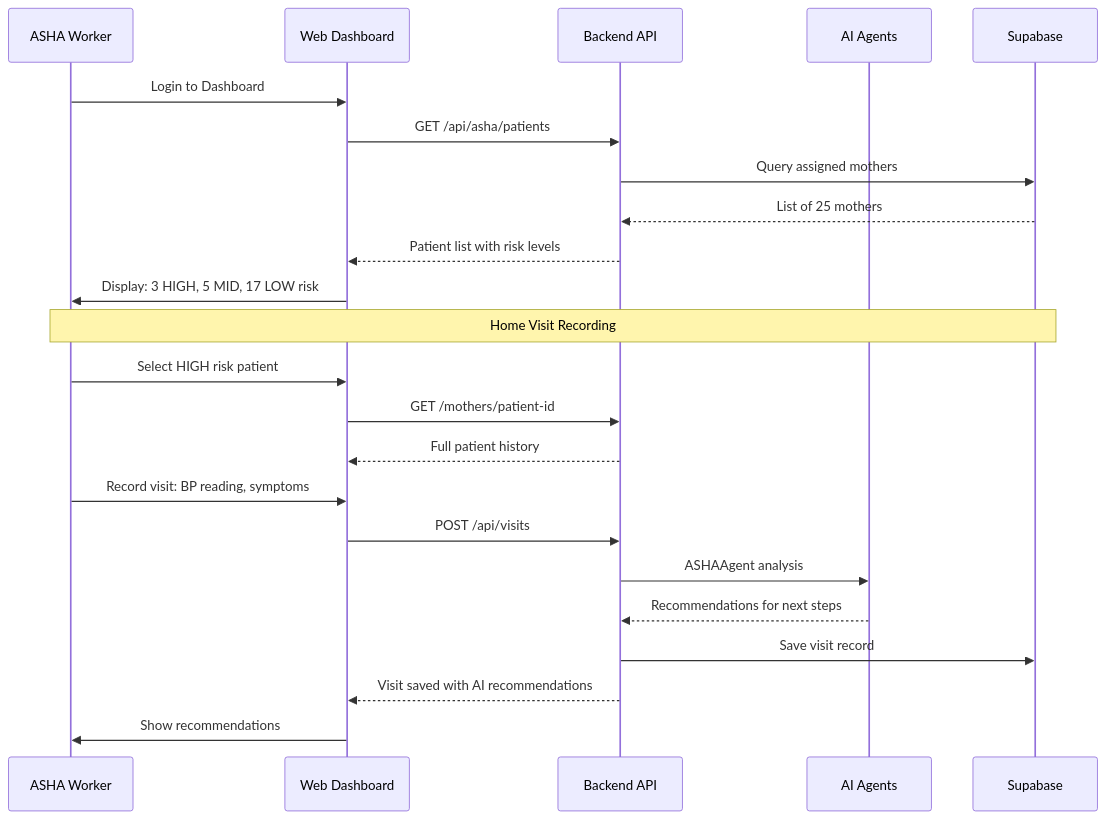
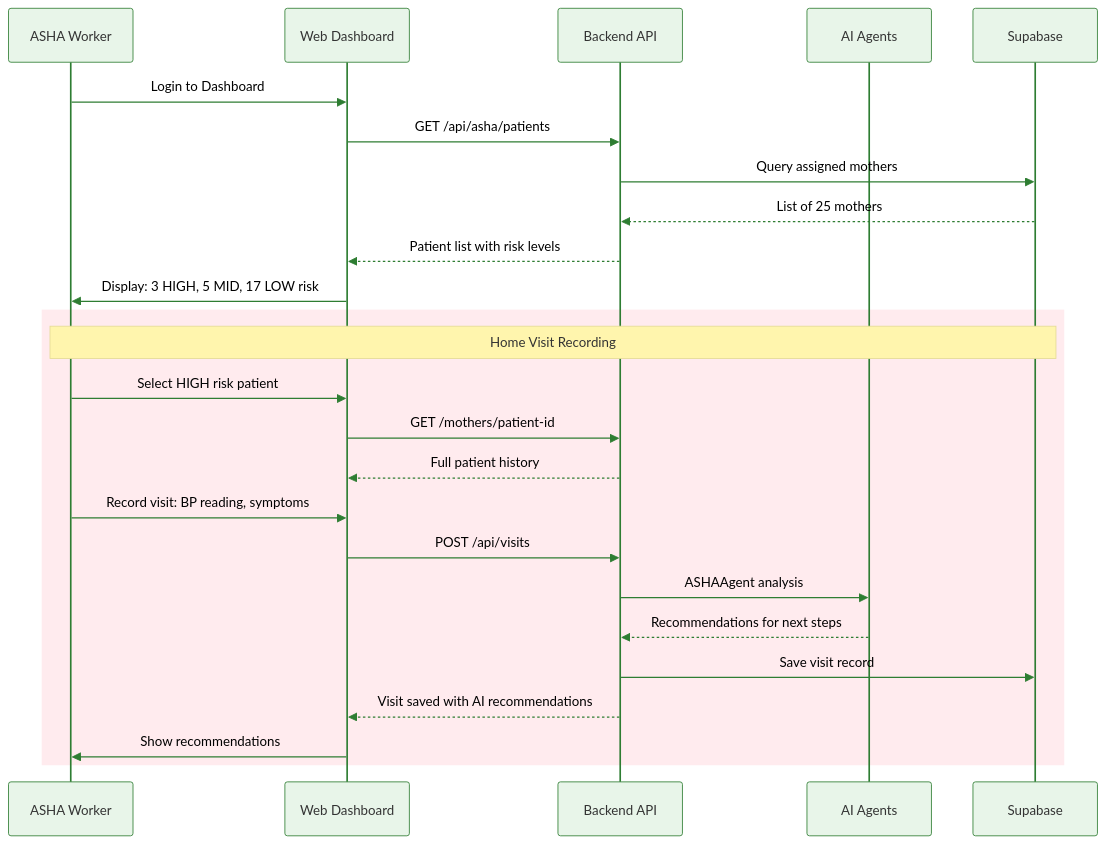
The sixth of 8 diagrams in README.md (AIUtsavBot/aanchal_ai), drawn with Mermaid before and after one commit. The commit also changed other lines of this file, not shown here.

Commit message:
Update Mermaid diagrams with vibrant colors for better contrast

````diff
--- a/README.md
+++ b/README.md
@@ -297,27 +353,30 @@
 ```mermaid
 sequenceDiagram
+    %%{init: {'theme': 'base', 'themeVariables': {'primaryColor': '#e8f5e9', 'edgeLabelBackground':'#ffffff', 'actorBorder': '#2e7d32', 'actorBkg': '#e8f5e9', 'signalColor': '#2e7d32', 'signalTextColor': '#000000'}}}%%
     participant A as ASHA Worker
     participant W as Web Dashboard
     participant B as Backend API
     participant AI as AI Agents
     participant DB as Supabase
 
     A->>W: Login to Dashboard
     W->>B: GET /api/asha/patients
     B->>DB: Query assigned mothers
     DB-->>B: List of 25 mothers
     B-->>W: Patient list with risk levels
     W->>A: Display: 3 HIGH, 5 MID, 17 LOW risk
 
-    Note over A,DB: Home Visit Recording
-    A->>W: Select HIGH risk patient
-    W->>B: GET /mothers/patient-id
-    B-->>W: Full patient history
-    A->>W: Record visit: BP reading, symptoms
-    W->>B: POST /api/visits
-    B->>AI: ASHAAgent analysis
-    AI-->>B: Recommendations for next steps
-    B->>DB: Save visit record
-    B-->>W: Visit saved with AI recommendations
-    W->>A: Show recommendations
+    rect rgb(255, 235, 238)
+        Note over A,DB: Home Visit Recording
+        A->>W: Select HIGH risk patient
+        W->>B: GET /mothers/patient-id
+        B-->>W: Full patient history
+        A->>W: Record visit: BP reading, symptoms
+        W->>B: POST /api/visits
+        B->>AI: ASHAAgent analysis
+        AI-->>B: Recommendations for next steps
+        B->>DB: Save visit record
+        B-->>W: Visit saved with AI recommendations
+        W->>A: Show recommendations
+    end
 ```
````
